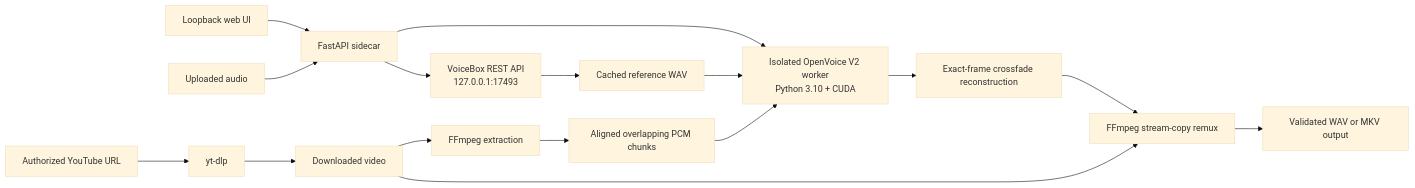
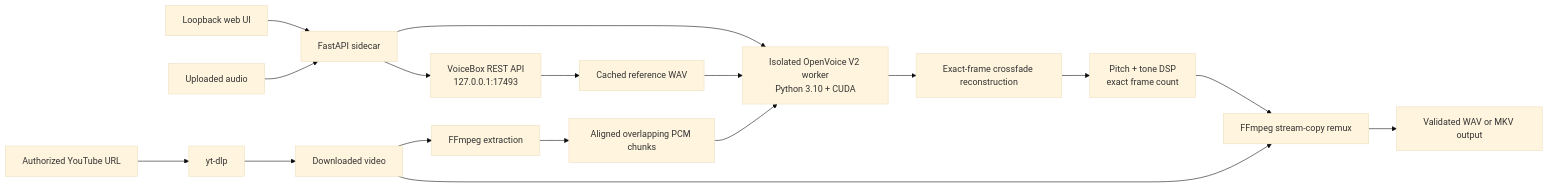
The diagram in README.md (Digitalgods2/Voicebox-STS-Sidecar), drawn with Mermaid (base theme) before and after one commit. The commit also changed other lines of this file and 14 other files, not shown here.

Commit message:
feat(audio): add pitch and tone controls

````diff
--- a/README.md
+++ b/README.md
@@ -58,18 +60,19 @@
 ```mermaid
 flowchart LR
     UI[Loopback web UI] --> API[FastAPI sidecar]
     API --> VB[VoiceBox REST API\n127.0.0.1:17493]
     VB --> REF[Cached reference WAV]
     API --> OV[Isolated OpenVoice V2 worker\nPython 3.10 + CUDA]
     FILE[Uploaded audio] --> API
     YT[Authorized YouTube URL] --> DLP[yt-dlp]
     DLP --> MEDIA[Downloaded video]
     MEDIA --> FFMPEG[FFmpeg extraction]
     FFMPEG --> CHUNKS[Aligned overlapping PCM chunks]
     REF --> OV
     CHUNKS --> OV
     OV --> STITCH[Exact-frame crossfade reconstruction]
-    STITCH --> MUX[FFmpeg stream-copy remux]
+    STITCH --> DSP[Pitch + tone DSP\nexact frame count]
+    DSP --> MUX[FFmpeg stream-copy remux]
     MEDIA --> MUX
     MUX --> OUT[Validated WAV or MKV output]
 ```
````
